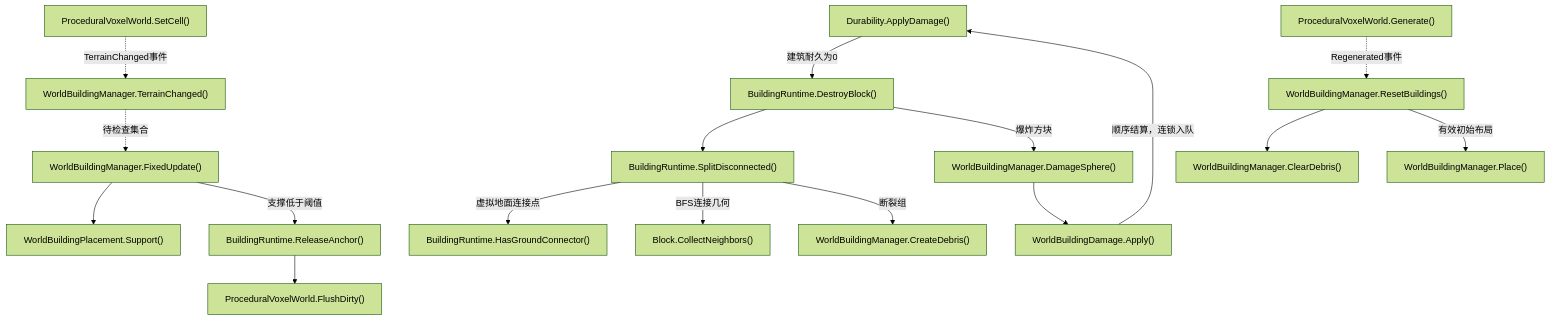
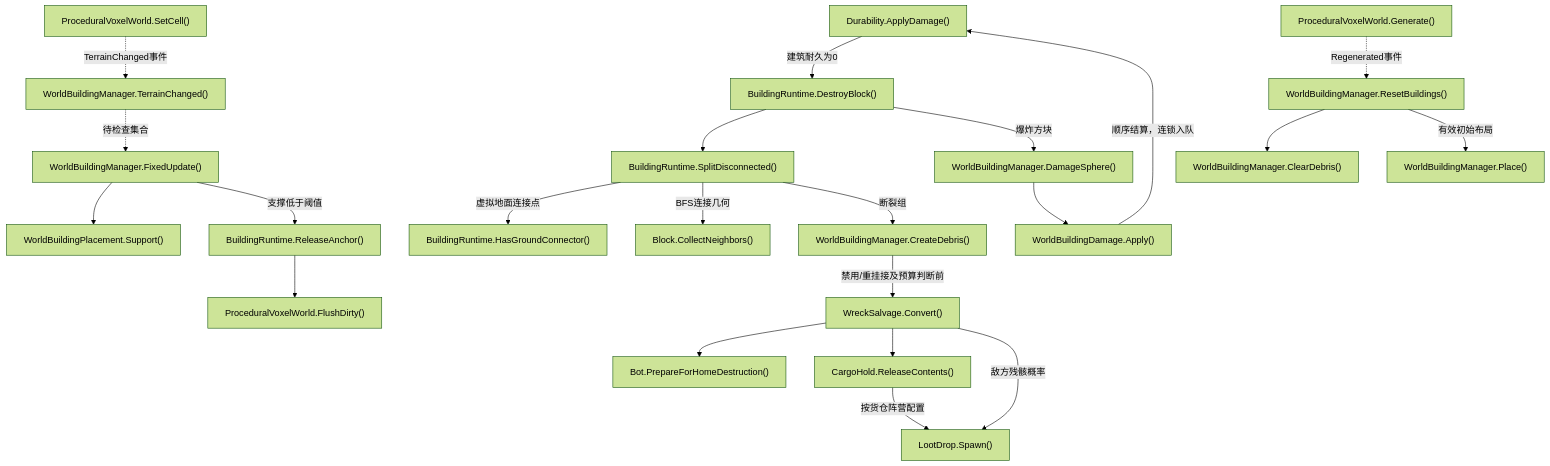
Diagram 21 of 23 in Docs/RuntimeFlow.md (kukudia/HY-Sandbox), drawn with Mermaid (forest theme) before and after one commit. The commit also changed other lines of this file and 9 other files, not shown here.

First line of the commit message:
fix: preserve salvage from detached world building modules

````diff
--- a/Docs/RuntimeFlow.md
+++ b/Docs/RuntimeFlow.md
@@ -1914,55 +1914,68 @@
 ```mermaid
 flowchart TD
     A["ProceduralVoxelWorld.SetCell()"]
     click A "../Assets/Scripts/Features/World/ProceduralVoxelWorld.cs#L392" "打开源码"
     B["WorldBuildingManager.TerrainChanged()"]
     click B "../Assets/Scripts/Features/World/WorldBuildingManager.cs#L375" "打开源码"
     C["WorldBuildingManager.FixedUpdate()"]
     click C "../Assets/Scripts/Features/World/WorldBuildingManager.cs#L386" "打开源码"
     D["WorldBuildingPlacement.Support()"]
     click D "../Assets/Scripts/Features/World/WorldBuildingPlacement.cs#L111" "打开源码"
     E["BuildingRuntime.ReleaseAnchor()"]
     click E "../Assets/Scripts/Features/World/BuildingRuntime.cs#L315" "打开源码"
     F["ProceduralVoxelWorld.FlushDirty()"]
     click F "../Assets/Scripts/Features/World/ProceduralVoxelWorld.cs#L535" "打开源码"
     G["Durability.ApplyDamage()"]
     click G "../Assets/Scripts/Features/Combat/Durability.cs#L68" "打开源码"
     H["BuildingRuntime.DestroyBlock()"]
     click H "../Assets/Scripts/Features/World/BuildingRuntime.cs#L186" "打开源码"
     I["BuildingRuntime.SplitDisconnected()"]
     click I "../Assets/Scripts/Features/World/BuildingRuntime.cs#L224" "打开源码"
     J["Block.CollectNeighbors()"]
     click J "../Assets/Scripts/Features/Simulation/Block.cs#L346" "打开源码"
     K["WorldBuildingManager.CreateDebris()"]
     click K "../Assets/Scripts/Features/World/WorldBuildingManager.cs#L408" "打开源码"
     L["WorldBuildingManager.DamageSphere()"]
     click L "../Assets/Scripts/Features/World/WorldBuildingManager.cs#L403" "打开源码"
     M["WorldBuildingDamage.Apply()"]
     click M "../Assets/Scripts/Features/World/WorldBuildingDamage.cs#L17" "打开源码"
     N["ProceduralVoxelWorld.Generate()"]
     click N "../Assets/Scripts/Features/World/ProceduralVoxelWorld.cs#L99" "打开源码"
     O["WorldBuildingManager.ResetBuildings()"]
     click O "../Assets/Scripts/Features/World/WorldBuildingManager.cs#L326" "打开源码"
     P["WorldBuildingManager.ClearDebris()"]
-    click P "../Assets/Scripts/Features/World/WorldBuildingManager.cs#L444" "打开源码"
+    click P "../Assets/Scripts/Features/World/WorldBuildingManager.cs#L451" "打开源码"
     Q["WorldBuildingManager.Place()"]
     click Q "../Assets/Scripts/Features/World/WorldBuildingManager.cs#L96" "打开源码"
     R["BuildingRuntime.HasGroundConnector()"]
     click R "../Assets/Scripts/Features/World/BuildingRuntime.cs#L294" "打开源码"
+    S["WreckSalvage.Convert()"]
+    click S "../Assets/Scripts/Features/Salvage/WreckSalvage.cs#L10" "打开源码"
+    T["CargoHold.ReleaseContents()"]
+    click T "../Assets/Scripts/Features/Salvage/CargoHold.cs#L206" "打开源码"
+    U["Bot.PrepareForHomeDestruction()"]
+    click U "../Assets/Scripts/Features/Bots/Bot.cs#L210" "打开源码"
+    V["LootDrop.Spawn()"]
+    click V "../Assets/Scripts/Features/Salvage/LootDrop.cs#L83" "打开源码"
     A -.->|TerrainChanged事件| B
     B -.->|待检查集合| C
     C --> D
     C -->|支撑低于阈值| E
     E --> F
     G -->|建筑耐久为0| H
     H --> I
     I -->|虚拟地面连接点| R
     I -->|BFS连接几何| J
     I -->|断裂组| K
     H -->|爆炸方块| L
     L --> M
     M -->|顺序结算，连锁入队| G
+    K -->|禁用/重挂接及预算判断前| S
+    S --> U
+    S --> T
+    S -->|敌方残骸概率| V
+    T -->|按货仓阵营配置| V
     N -.->|Regenerated事件| O
     O --> P
     O -->|有效初始布局| Q
 ```
````
